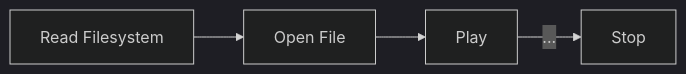
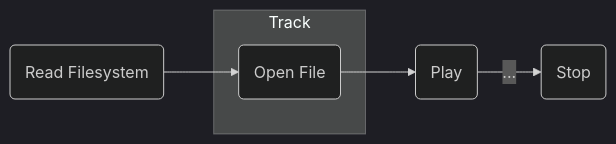
One commit to aidan-clyens/miniaudioengine changed the fourth of 22 diagrams in docs/DESIGN_DOC.md. Above: the diagram before and after it, drawn with Mermaid (dark theme). The commit also changed other lines of this file and 1 other file, not shown here.

````diff
--- a/docs/DESIGN_DOC.md
+++ b/docs/DESIGN_DOC.md
@@ -161,12 +167,16 @@
 ```mermaid
 flowchart LR
 
-    Step1["Read Filesystem"]
-    Step2["Open File"]
-    Step3["Play"]
-    Step4["Stop"]
+    readFiles("Read Filesystem")
 
-    Step1 --> Step2
-    Step2 --> Step3
-    Step3 -->|...| Step4
+    subgraph Track
+        openFile("Open File")
+    end
+
+    play("Play")
+    stop("Stop")
+
+    readFiles --> openFile
+    openFile --> play
+    play -->|...| stop
 ```
````
